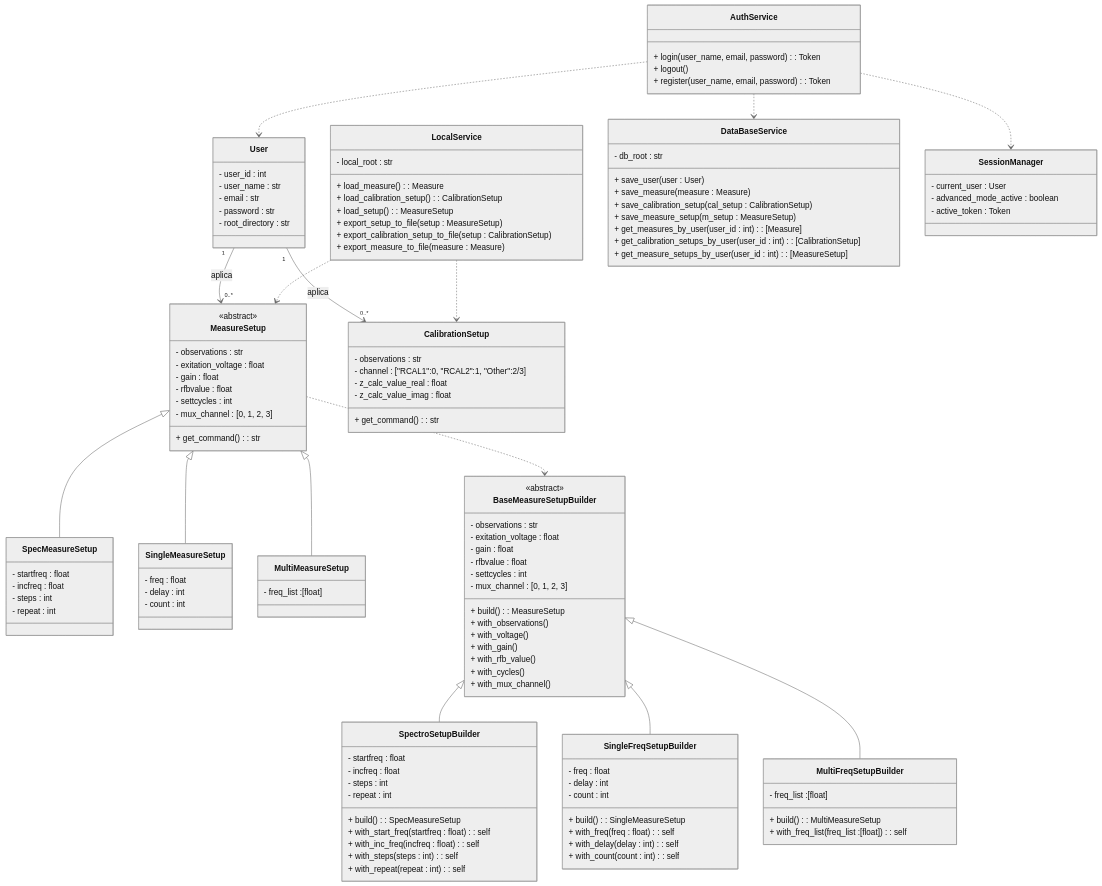
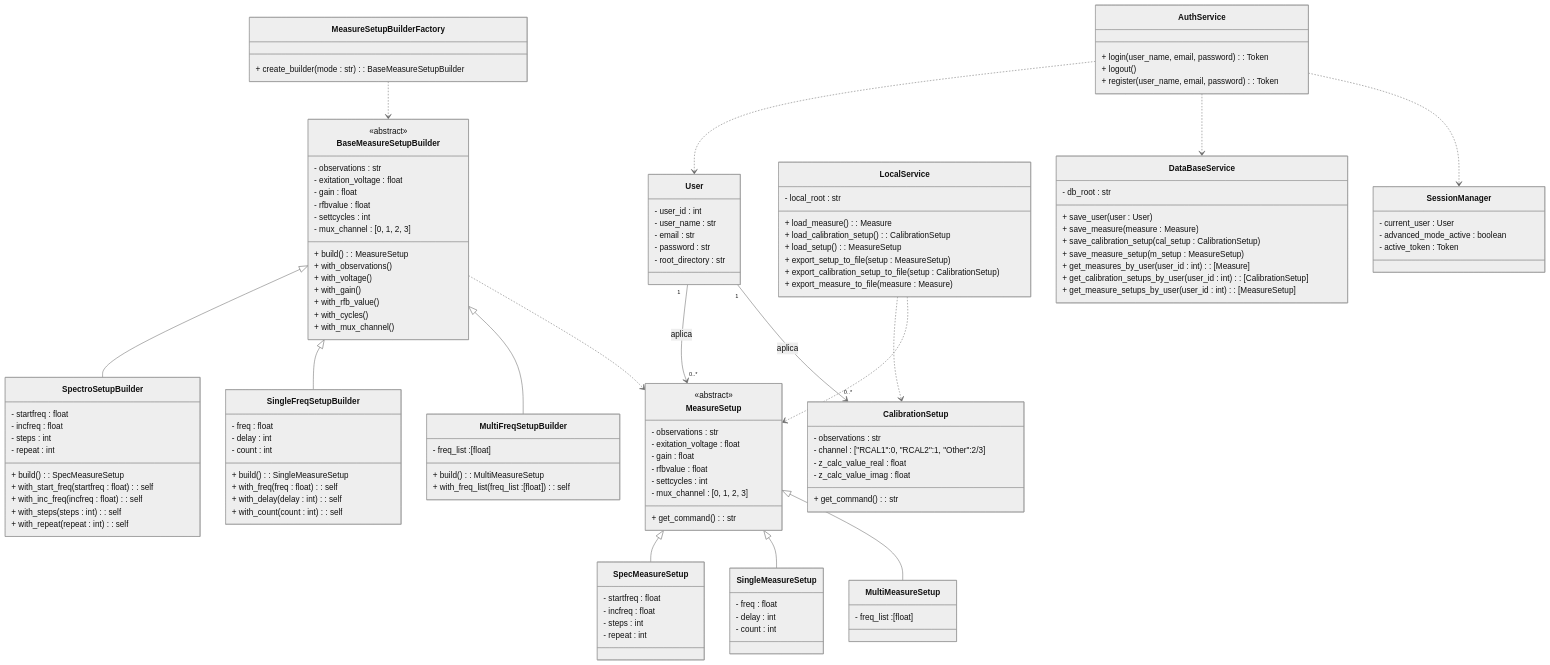
Diagram 16 of 22 in Gmini-MarkDown/Guanaco Mini.md (alegrelias/Repo-GMini), drawn with Mermaid (neutral theme) before and after one commit. The commit also changed other lines of this file, not shown here.

Commit message:
Se agrega aptron factory a las clases y se actualiza el documento

````diff
--- a/Gmini-MarkDown/Guanaco Mini.md
+++ b/Gmini-MarkDown/Guanaco Mini.md
@@ -1835,11 +1858,16 @@
 	+ with_freq_list(freq_list :[float]) : self
 }
 
+%% factory method 
+class MeasureSetupBuilderFactory{ 
+	+ create_builder(mode : str) : BaseMeasureSetupBuilder 
+} 
+
 %% relaciones
 User "1"-->"0..*" MeasureSetup : aplica
 User "1"-->"0..*" CalibrationSetup : aplica
 
-MeasureSetup ..> BaseMeasureSetupBuilder
+BaseMeasureSetupBuilder ..> MeasureSetup
 
 AuthService ..> User
 AuthService ..> DataBaseService
@@ -1847,4 +1875,6 @@
 
 LocalService ..> CalibrationSetup
 LocalService ..> MeasureSetup
+
+MeasureSetupBuilderFactory ..> BaseMeasureSetupBuilder
 ```
````
